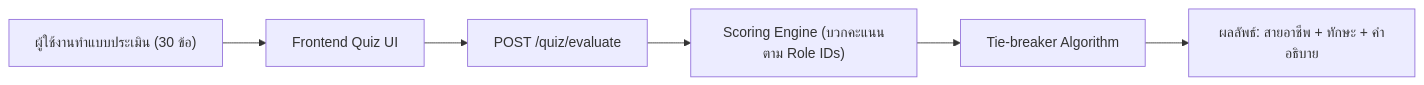
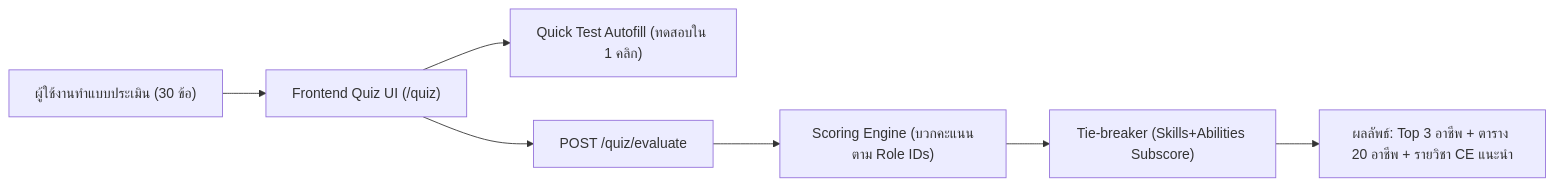
One commit to BXNK4042/ce50_v2 changed the sixth of 7 diagrams in PROJECT_SUMMARY.md. Above: the diagram before and after it, drawn with Mermaid. The commit also changed other lines of this file and 6 other files, not shown here.

Commit message:
feat: implement BCS Tech Career Quiz system (engine, API endpoints, interactive frontend page)

````diff
--- a/PROJECT_SUMMARY.md
+++ b/PROJECT_SUMMARY.md
@@ -361,8 +361,9 @@
 ```mermaid
 flowchart LR
-    User["ผู้ใช้งานทำแบบประเมิน (30 ข้อ)"] --> Form["Frontend Quiz UI"]
-    Form --> API["POST /quiz/evaluate"]
+    User["ผู้ใช้งานทำแบบประเมิน (30 ข้อ)"] --> UI["Frontend Quiz UI (/quiz)"]
+    UI --> Demo["Quick Test Autofill (ทดสอบใน 1 คลิก)"]
+    UI --> API["POST /quiz/evaluate"]
     API --> Scoring["Scoring Engine (บวกคะแนนตาม Role IDs)"]
-    Scoring --> TieBreaker["Tie-breaker Algorithm"]
-    TieBreaker --> Result["ผลลัพธ์: สายอาชีพ + ทักษะ + คำอธิบาย"]
+    Scoring --> TieBreaker["Tie-breaker (Skills+Abilities Subscore)"]
+    TieBreaker --> Result["ผลลัพธ์: Top 3 อาชีพ + ตาราง 20 อาชีพ + รายวิชา CE แนะนำ"]
 ```
````
